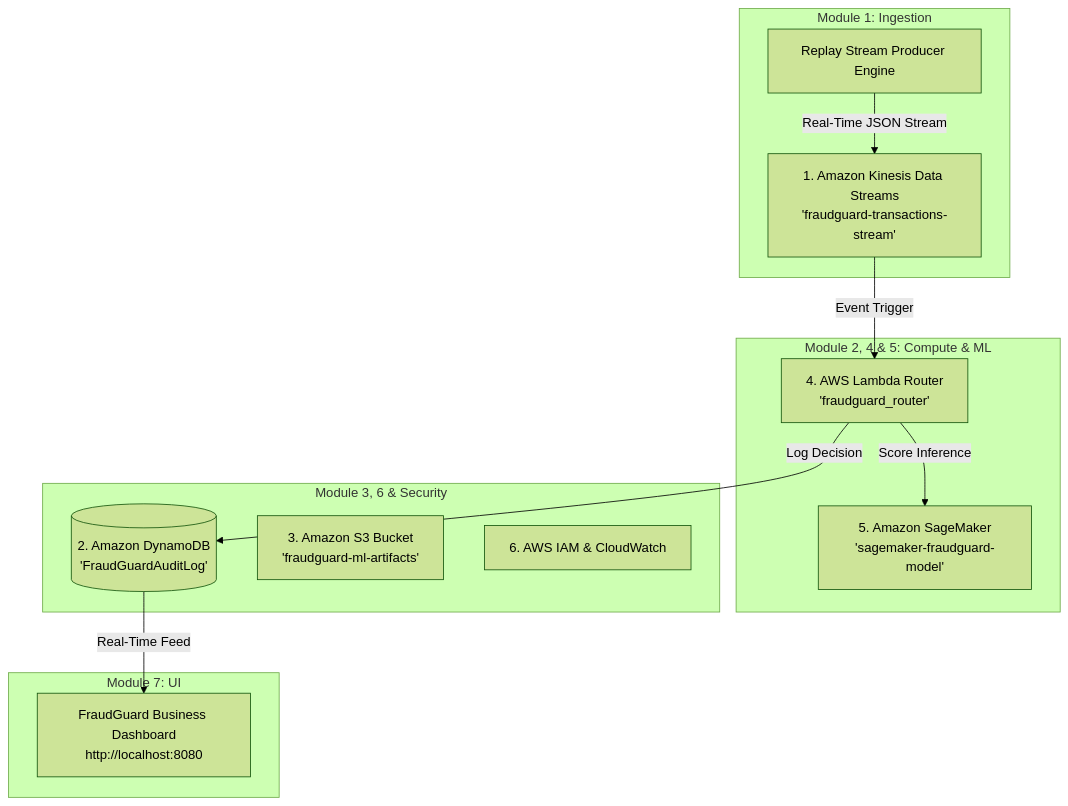
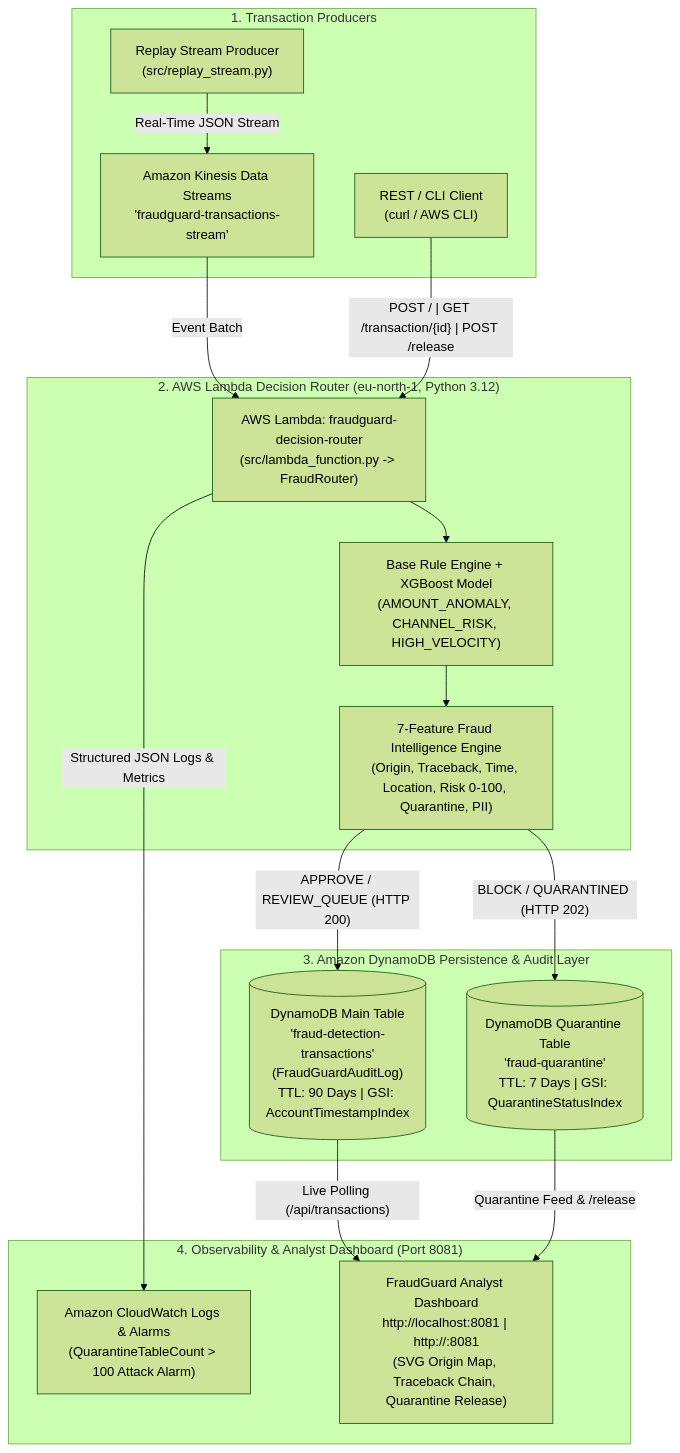
The diagram in README.md (AbhiSharma200/Fraudguard), drawn with Mermaid (forest theme) before and after one commit. The commit also changed other lines of this file and 182 other files, not shown here.

Commit message:
Production FraudGuard Release: 7-Feature Forensic Scoring Engine, Risk & Compliance Console UI, Terraform IaC & QA Suite

````diff
--- a/README.md
+++ b/README.md
@@ -23,27 +28,34 @@
 ```mermaid
 flowchart TD
-    subgraph Data_Pipeline ["Module 1: Ingestion"]
-        Replay[Replay Stream Producer Engine]
-        Kinesis[1. Amazon Kinesis Data Streams\n'fraudguard-transactions-stream']
-        Replay -- Real-Time JSON Stream --> Kinesis
+    subgraph Producers ["1. Transaction Producers"]
+        Replay["Replay Stream Producer\n(src/replay_stream.py)"]
+        API["REST / CLI Client\n(curl / AWS CLI)"]
+        Kinesis["Amazon Kinesis Data Streams\n'fraudguard-transactions-stream'"]
+        Replay -- "Real-Time JSON Stream" --> Kinesis
     end
 
-    subgraph Analytics_Compute ["Module 2, 4 & 5: Compute & ML"]
-        Lambda[4. AWS Lambda Router\n'fraudguard_router']
-        SageMaker[5. Amazon SageMaker\n'sagemaker-fraudguard-model']
-        Kinesis -- Event Trigger --> Lambda
-        Lambda -- Score Inference --> SageMaker
+    subgraph Serverless_Core ["2. AWS Lambda Decision Router (eu-north-1, Python 3.12)"]
+        Lambda["AWS Lambda: fraudguard-decision-router\n(src/lambda_function.py -> FraudRouter)"]
+        Rules["Base Rule Engine + XGBoost Model\n(AMOUNT_ANOMALY, CHANNEL_RISK, HIGH_VELOCITY)"]
+        Intel["7-Feature Fraud Intelligence Engine\n(Origin, Traceback, Time, Location, Risk 0-100, Quarantine, PII)"]
+        Kinesis -- "Event Batch" --> Lambda
+        API -- "POST / | GET /transaction/{id} | POST /release" --> Lambda
+        Lambda --> Rules
+        Rules --> Intel
     end
 
-    subgraph Storage_Observability ["Module 3, 6 & Security"]
-        DynamoDB[(2. Amazon DynamoDB\n'FraudGuardAuditLog')]
-        S3[3. Amazon S3 Bucket\n'fraudguard-ml-artifacts']
-        IAM[6. AWS IAM & CloudWatch]
-        Lambda -- Log Decision --> DynamoDB
+    subgraph Persistence ["3. Amazon DynamoDB Persistence & Audit Layer"]
+        MainDB[("DynamoDB Main Table\n'fraud-detection-transactions'\n(FraudGuardAuditLog)\nTTL: 90 Days | GSI: AccountTimestampIndex")]
+        QuarDB[("DynamoDB Quarantine Table\n'fraud-quarantine'\nTTL: 7 Days | GSI: QuarantineStatusIndex")]
+        Intel -- "APPROVE / REVIEW_QUEUE (HTTP 200)" --> MainDB
+        Intel -- "BLOCK / QUARANTINED (HTTP 202)" --> QuarDB
     end
 
-    subgraph Dashboard ["Module 7: UI"]
-        WebUI[FraudGuard Business Dashboard\nhttp://localhost:8080]
-        DynamoDB -- Real-Time Feed --> WebUI
+    subgraph Observability_UI ["4. Observability & Analyst Dashboard (Port 8081)"]
+        CW["Amazon CloudWatch Logs & Alarms\n(QuarantineTableCount > 100 Attack Alarm)"]
+        Dashboard["FraudGuard Analyst Dashboard\nhttp://localhost:8081 | http://<ec2-ip>:8081\n(SVG Origin Map, Traceback Chain, Quarantine Release)"]
+        Lambda -- "Structured JSON Logs & Metrics" --> CW
+        MainDB -- "Live Polling (/api/transactions)" --> Dashboard
+        QuarDB -- "Quarantine Feed & /release" --> Dashboard
     end
 ```
````
